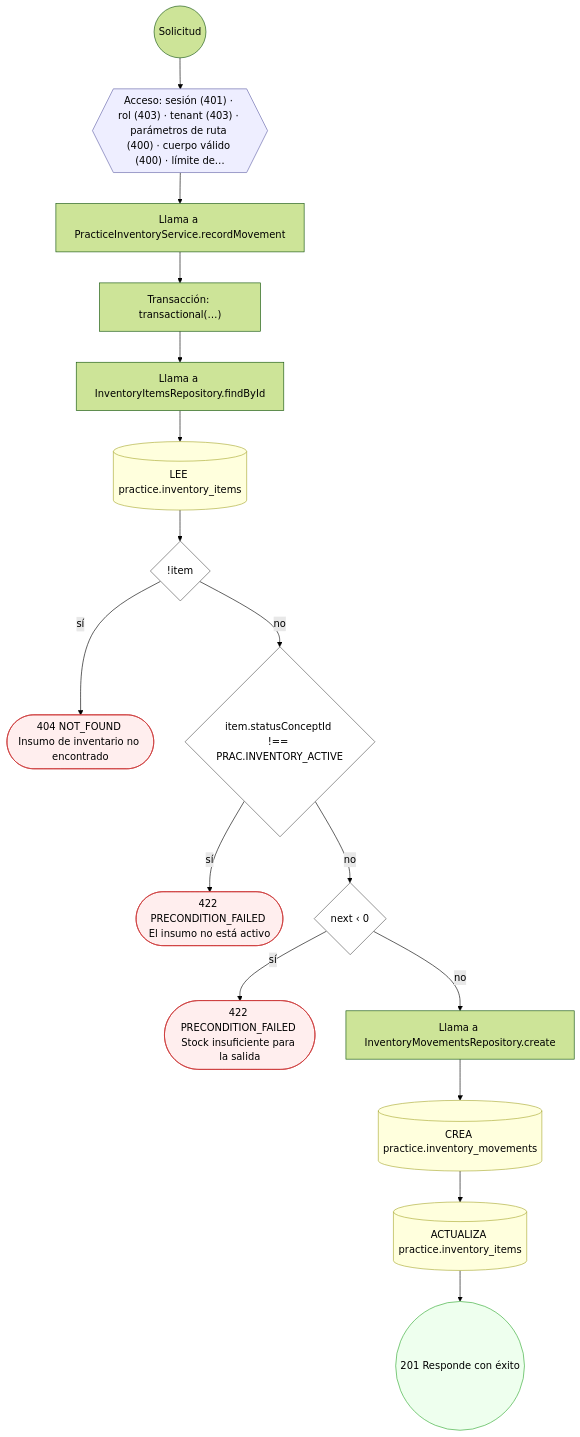
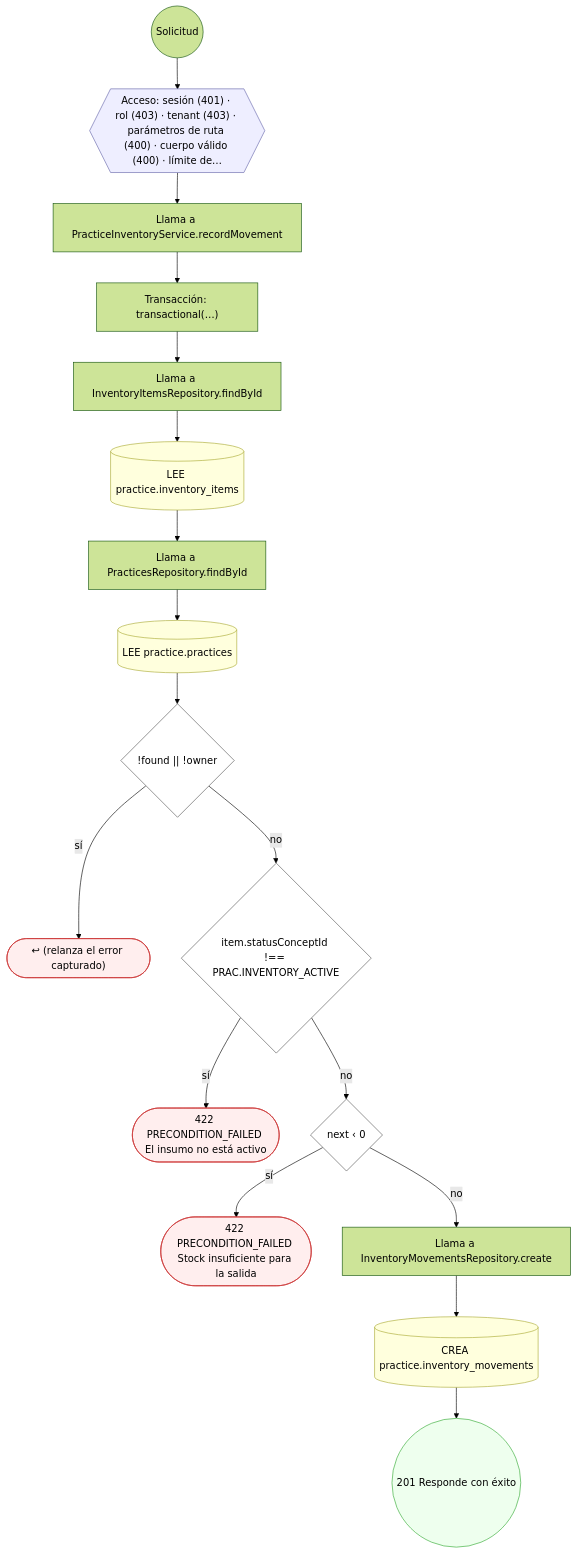
One commit to mdavila-2001/mantra-core-health-api changed the fifth of 30 diagrams in docs/inventario/flujos/practice.md. Above: the diagram before and after it, drawn with Mermaid (forest theme). The commit also changed other lines of this file and 438 other files, not shown here.

````diff
--- a/docs/inventario/flujos/practice.md
+++ b/docs/inventario/flujos/practice.md
@@ -410,40 +405,42 @@
 ```mermaid
 flowchart TD
   n1(("Solicitud")):::inicio
   n2{{"Acceso: sesión (401) · rol (403) · tenant (403) · parámetros de ruta (400) · cuerpo válido (400) · límite de…"}}:::acceso
   n1 --> n2
   n3["Llama a PracticeInventoryService.recordMovement"]:::llamada
   n2 --> n3
   n4["Transacción: transactional(…)"]:::transaccion
   n3 --> n4
   n5["Llama a InventoryItemsRepository.findById"]:::llamada
   n4 --> n5
   n6[("LEE practice.inventory_items")]:::efecto
   n5 --> n6
-  n7{"!item"}:::decision
+  n7["Llama a PracticesRepository.findById"]:::llamada
   n6 --> n7
-  n8(["404 NOT_FOUND Insumo de inventario no encontrado"]):::error
-  n7 -->|"sí"| n8
-  n9{"item.statusConceptId !== PRAC.INVENTORY_ACTIVE"}:::decision
-  n7 -->|"no"| n9
-  n10(["422 PRECONDITION_FAILED El insumo no está activo"]):::error
+  n8[("LEE practice.practices")]:::efecto
+  n7 --> n8
+  n9{"!found || !owner"}:::decision
+  n8 --> n9
+  n10(["↩ (relanza el error capturado)"]):::error
   n9 -->|"sí"| n10
-  n11{"next ‹ 0"}:::decision
+  n11{"item.statusConceptId !== PRAC.INVENTORY_ACTIVE"}:::decision
   n9 -->|"no"| n11
-  n12(["422 PRECONDITION_FAILED Stock insuficiente para la salida"]):::error
+  n12(["422 PRECONDITION_FAILED El insumo no está activo"]):::error
   n11 -->|"sí"| n12
-  n13["Llama a InventoryMovementsRepository.create"]:::llamada
+  n13{"next ‹ 0"}:::decision
   n11 -->|"no"| n13
-  n14[("CREA practice.inventory_movements")]:::efecto
-  n13 --> n14
-  n15[("ACTUALIZA practice.inventory_items")]:::efecto
-  n14 --> n15
-  n16(("201 Responde con éxito")):::ok
+  n14(["422 PRECONDITION_FAILED Stock insuficiente para la salida"]):::error
+  n13 -->|"sí"| n14
+  n15["Llama a InventoryMovementsRepository.create"]:::llamada
+  n13 -->|"no"| n15
+  n16[("CREA practice.inventory_movements")]:::efecto
   n15 --> n16
+  n17(("201 Responde con éxito")):::ok
+  n16 --> n17
   classDef acceso fill:#eef,stroke:#66a
   classDef error fill:#fee,stroke:#c33
   classDef ok fill:#efe,stroke:#3a3
   classDef efecto fill:#ffd,stroke:#aa3
   classDef decision fill:#fff,stroke:#555
   classDef corte fill:#eee,stroke:#999,stroke-dasharray: 4
 ```
````
